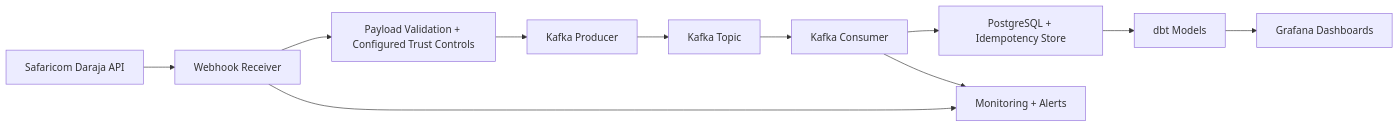
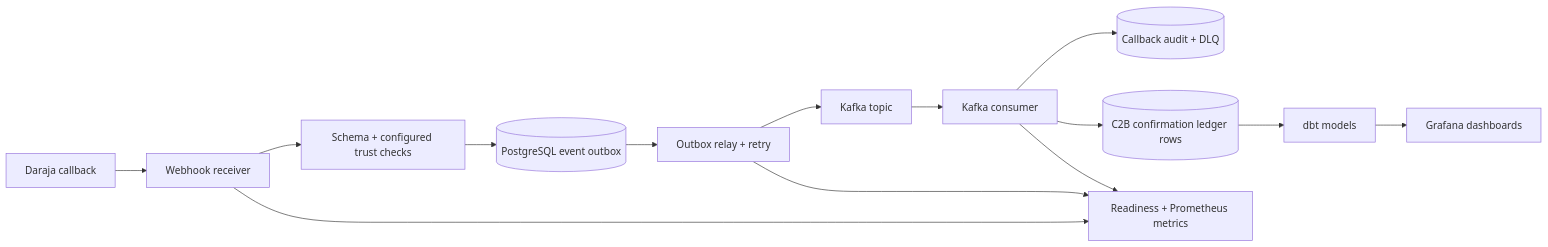
The diagram in README.md (Victor-Kipruto-Rop/Real_Time_Transaction_Streaming-MPESA-), drawn with Mermaid before and after one commit. The commit also changed other lines of this file, not shown here.

Commit message:
docs: align architecture diagram with transactional outbox flow

````diff
--- a/README.md
+++ b/README.md
@@ -36,13 +36,16 @@
 ```mermaid
 flowchart LR
-    A[Safaricom Daraja API] --> B[Webhook Receiver]
-    B --> C[Payload Validation + Configured Trust Controls]
-    C --> D[Kafka Producer]
-    D --> E[Kafka Topic]
-    E --> F[Kafka Consumer]
-    F --> G[PostgreSQL + Idempotency Store]
-    G --> H[dbt Models]
-    H --> I[Grafana Dashboards]
-    F --> J[Monitoring + Alerts]
-    B --> J
+    A[Daraja callback] --> B[Webhook receiver]
+    B --> C[Schema + configured trust checks]
+    C --> D[(PostgreSQL event outbox)]
+    D --> E[Outbox relay + retry]
+    E --> F[Kafka topic]
+    F --> G[Kafka consumer]
+    G --> H[(Callback audit + DLQ)]
+    G --> I[(C2B confirmation ledger rows)]
+    I --> J[dbt models]
+    J --> K[Grafana dashboards]
+    B --> L[Readiness + Prometheus metrics]
+    E --> L
+    G --> L
 ```
````
